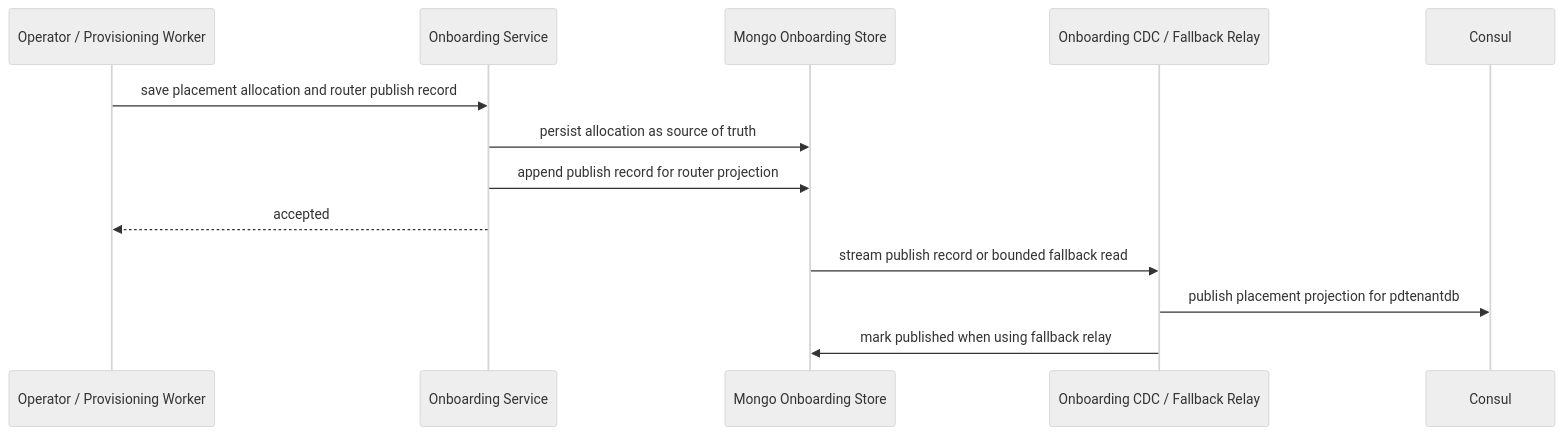
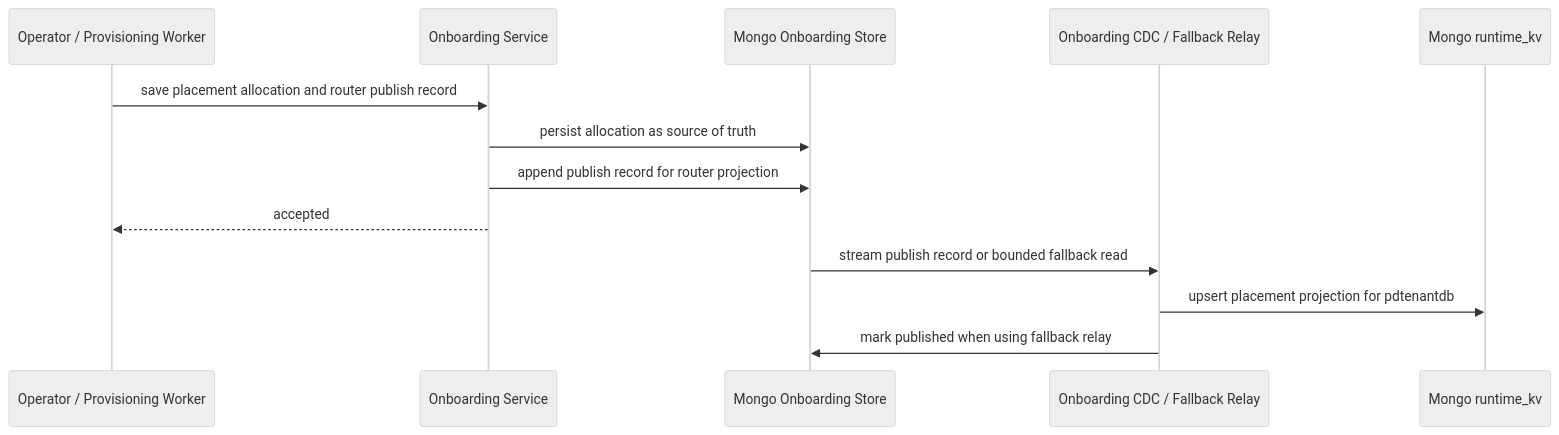
One commit to tuannm99/podzone changed the eighth of 9 diagrams in docs/architecture/sequences.md. Above: the diagram before and after it, drawn with Mermaid (neutral theme). The commit also changed other lines of this file and 72 other files, not shown here.

````diff
--- a/docs/architecture/sequences.md
+++ b/docs/architecture/sequences.md
@@ -168,17 +168,17 @@
 ```mermaid
 sequenceDiagram
     participant Client as Operator / Provisioning Worker
     participant Onboarding as Onboarding Service
     participant Mongo as Mongo Onboarding Store
     participant EventRelay as Onboarding CDC / Fallback Relay
-    participant Consul as Consul
+    participant RuntimeKV as Mongo runtime_kv
 
     Client->>Onboarding: save placement allocation and router publish record
     Onboarding->>Mongo: persist allocation as source of truth
     Onboarding->>Mongo: append publish record for router projection
     Onboarding-->>Client: accepted
 
     Mongo->>EventRelay: stream publish record or bounded fallback read
-    EventRelay->>Consul: publish placement projection for pdtenantdb
+    EventRelay->>RuntimeKV: upsert placement projection for pdtenantdb
     EventRelay->>Mongo: mark published when using fallback relay
 ```
````
